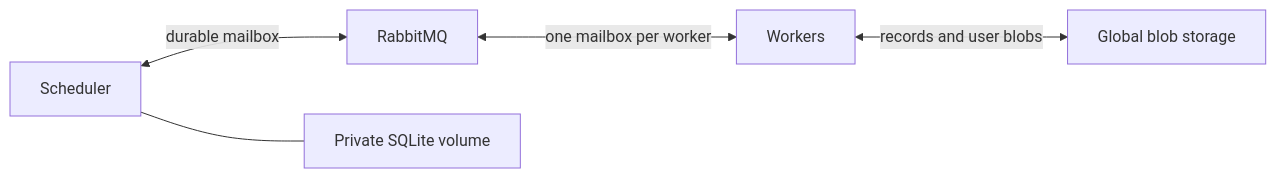
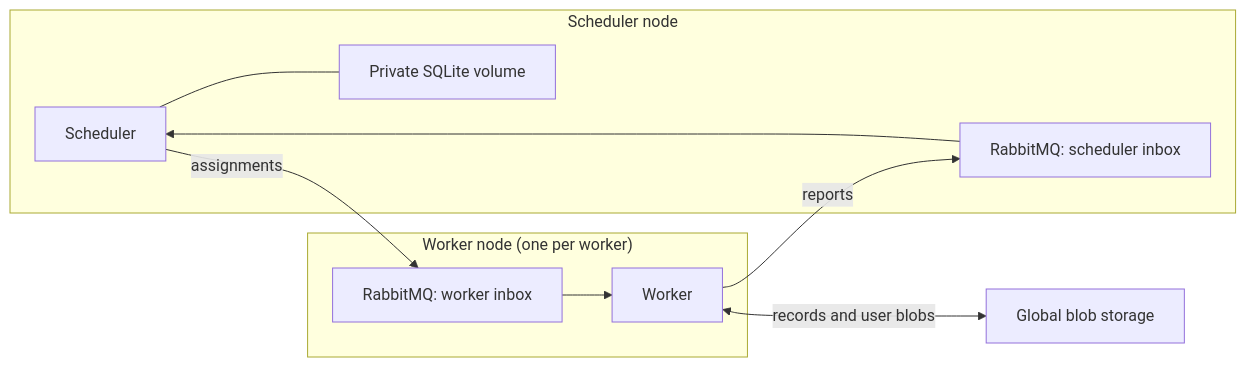
The diagram in LeanCloud/Deployment.md (palladin/lean-cloud), drawn with Mermaid before and after one commit. The commit also changed other lines of this file and 11 other files, not shown here.

First line of the commit message:
Give each scheduler and worker its own RabbitMQ broker

````diff
--- a/LeanCloud/Deployment.md
+++ b/LeanCloud/Deployment.md
@@ -22,7 +23,18 @@
 ```mermaid
 flowchart LR
-  S[Scheduler] <-->|durable mailbox| Q[RabbitMQ]
-  Q <-->|one mailbox per worker| W[Workers]
-  S --- D[Private SQLite volume]
+  subgraph schedulerNode["Scheduler node"]
+    S[Scheduler]
+    SQ[RabbitMQ: scheduler inbox]
+    D[Private SQLite volume]
+    SQ --> S
+    S --- D
+  end
+  subgraph workerNode["Worker node (one per worker)"]
+    W[Worker]
+    WQ[RabbitMQ: worker inbox]
+    WQ --> W
+  end
+  S -->|assignments| WQ
+  W -->|reports| SQ
   W <-->|records and user blobs| B[Global blob storage]
 ```
````
